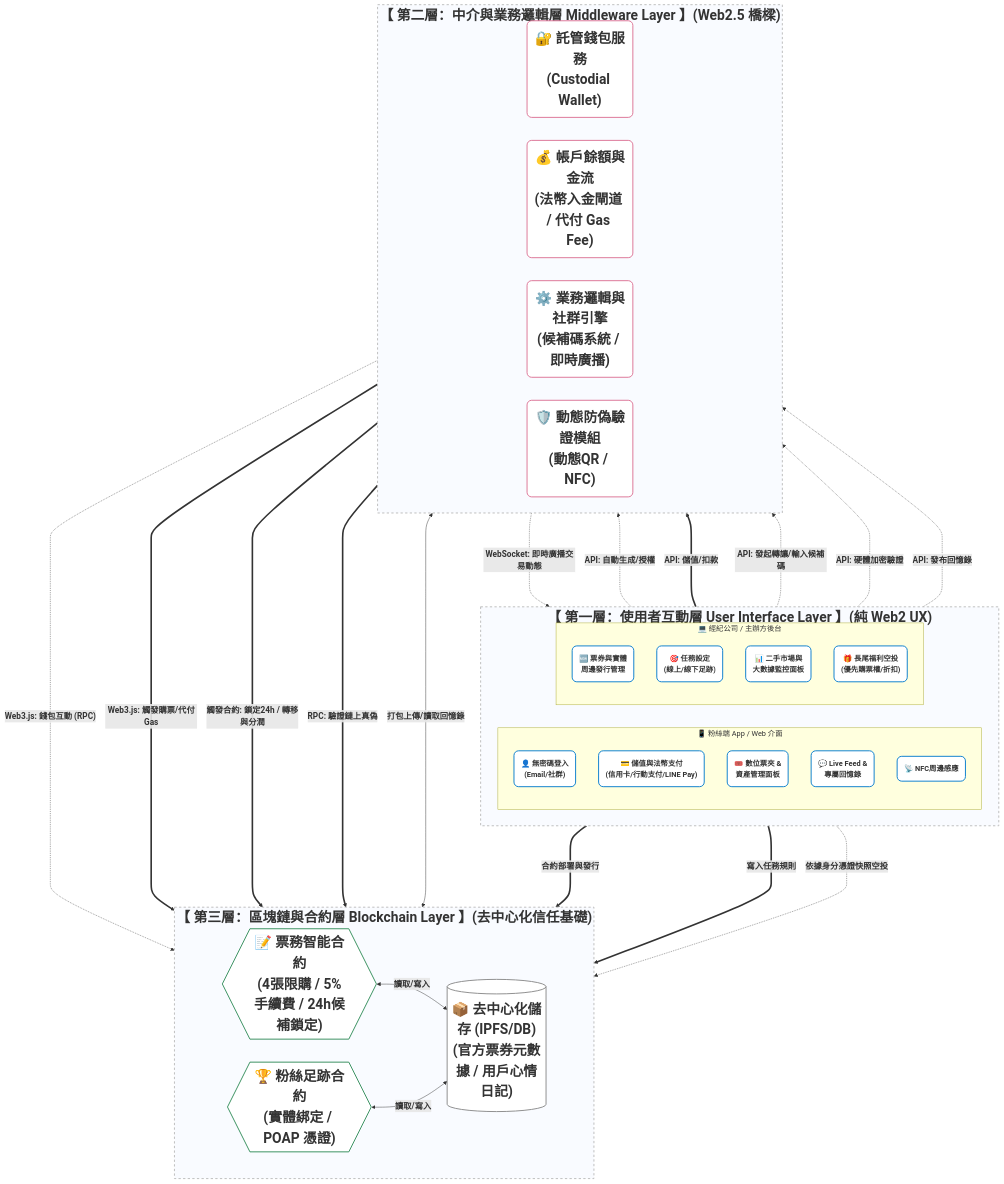
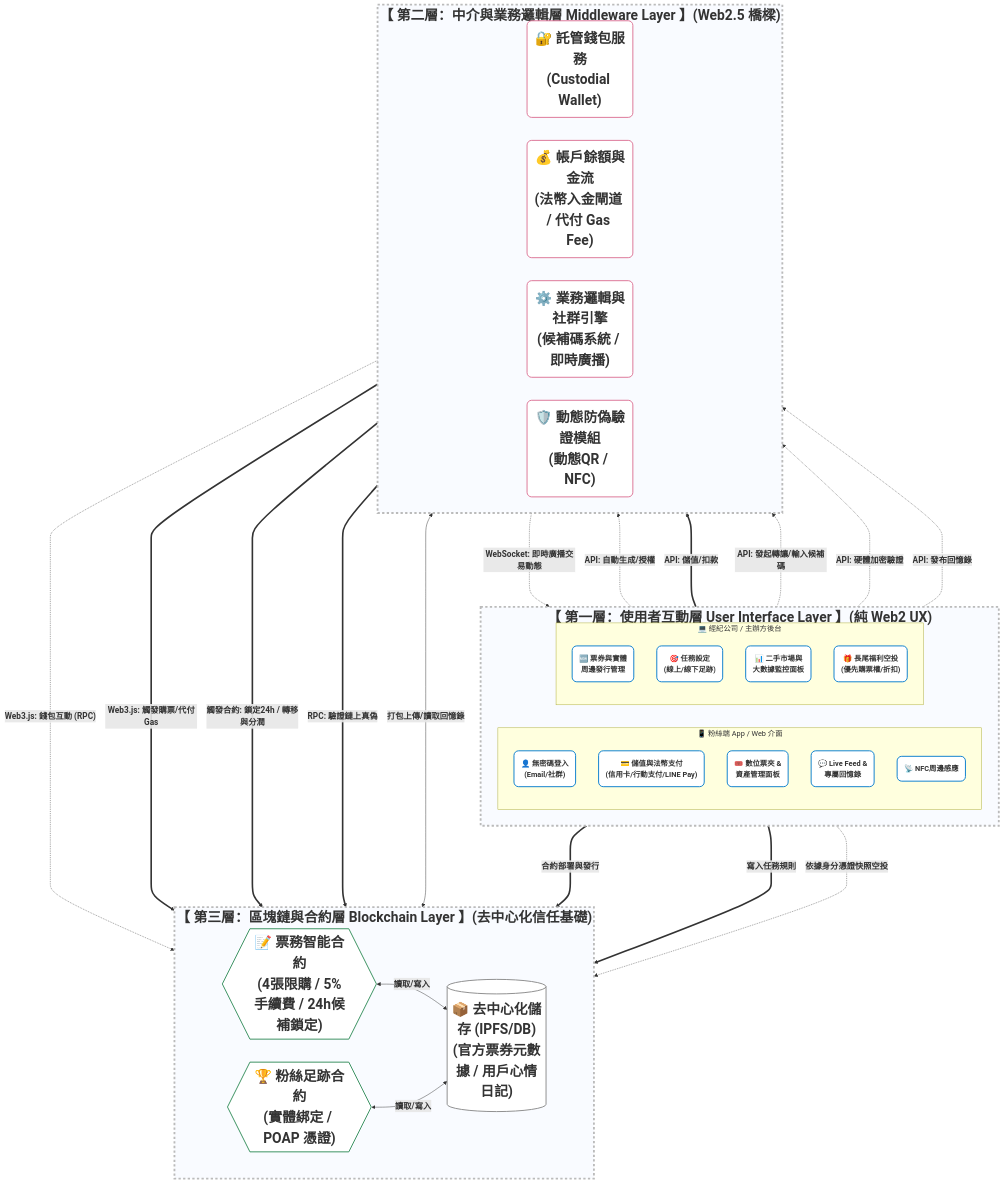
One commit to zhuang147/Blockchain-fan-economy-document changed the diagram in New system architecture diagram.md. Above: the diagram before and after it, drawn with Mermaid.

Commit message:
Update New system architecture diagram.md

```diff
--- a/New system architecture diagram.md
+++ b/New system architecture diagram.md
@@ -10,7 +10,7 @@
     classDef storageNode fill:#ffffff,stroke:#888888,stroke-width:2px,color:#333333,rx:10,ry:10,font-size:30px,font-weight:bold
     
     %% 外層標題樣式 (字體放大至 26px)
-    classDef layerStyle fill:#f9fbff,stroke:#bbbbbb,stroke-width:2px,stroke-dasharray: 5 5,font-size:30px,font-weight:bold
+    classDef layerStyle fill:#f9fbff,stroke:#bbbbbb,stroke-width:4px,stroke-dasharray: 5 5,font-size:30px,font-weight:bold
 
     %% 第一層：使用者互動層
     subgraph Layer1 ["【 第一層：使用者互動層 User Interface Layer 】(純 Web2 UX)"]
```
